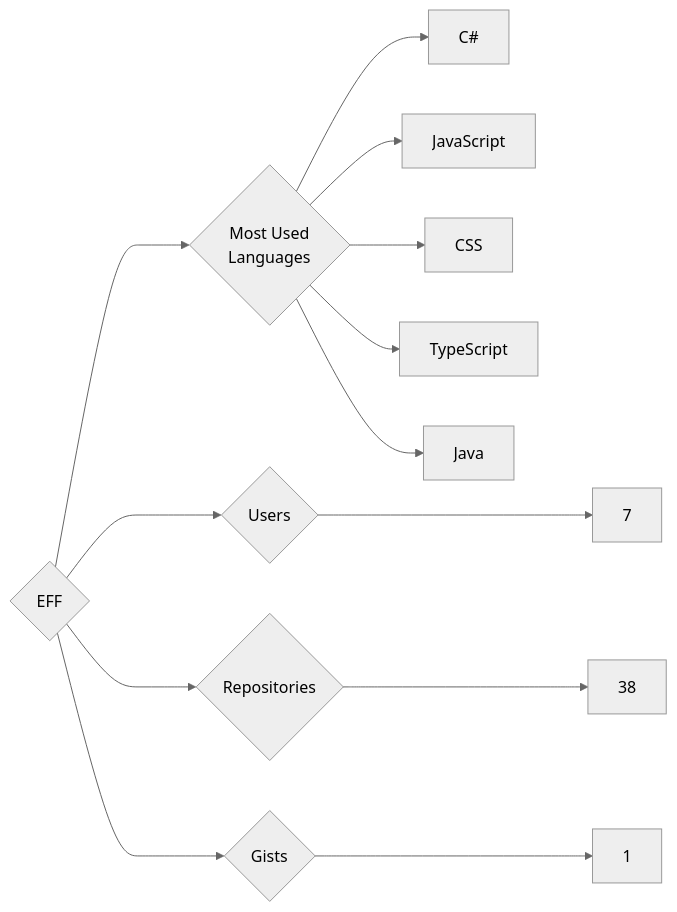
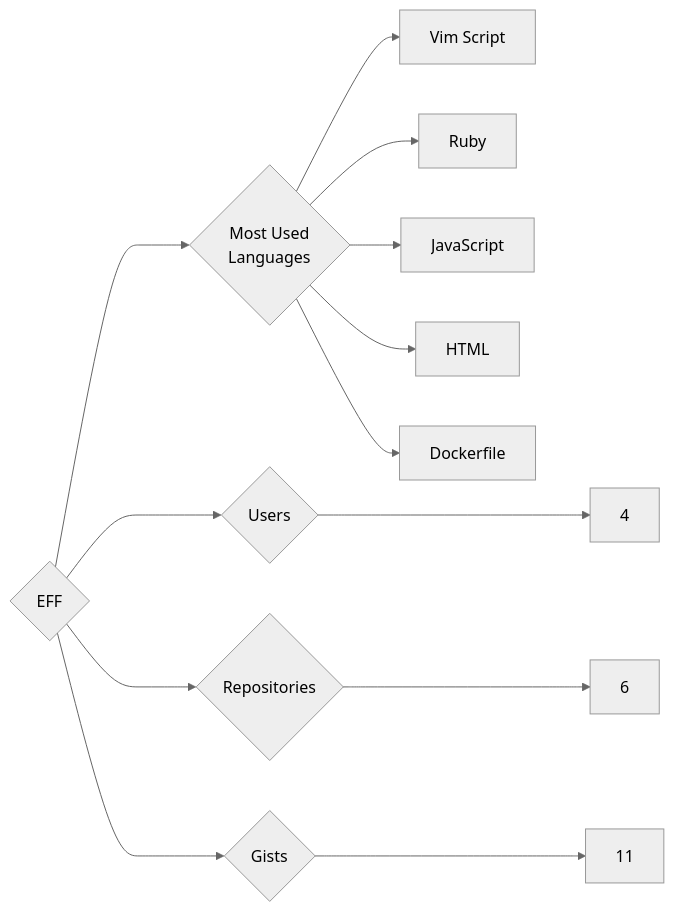
The diagram in targets/EFF/README.md (trickest/insiders), drawn with Mermaid (neutral theme) before and after one commit. The commit also changed 837 other files, not shown here.

````diff
--- a/targets/EFF/README.md
+++ b/targets/EFF/README.md
@@ -3,13 +3,13 @@
 ```mermaid
 graph LR
 COMPANY_NAME{EFF}
-COMPANY_NAME ---> U{Users} ---> UN[7]
-COMPANY_NAME ---> R{Repositories} ---> RN[38]
-COMPANY_NAME ---> G{Gists} ---> GN[1]
+COMPANY_NAME ---> U{Users} ---> UN[4]
+COMPANY_NAME ---> R{Repositories} ---> RN[6]
+COMPANY_NAME ---> G{Gists} ---> GN[11]
 COMPANY_NAME ---> ML{Most Used<br>Languages}
-ML --> C#[C#]
+ML --> Vim_Script[Vim Script]
+ML --> Ruby[Ruby]
 ML --> JavaScript[JavaScript]
-ML --> CSS[CSS]
-ML --> TypeScript[TypeScript]
-ML --> Java[Java]
+ML --> HTML[HTML]
+ML --> Dockerfile[Dockerfile]
 ```
````
